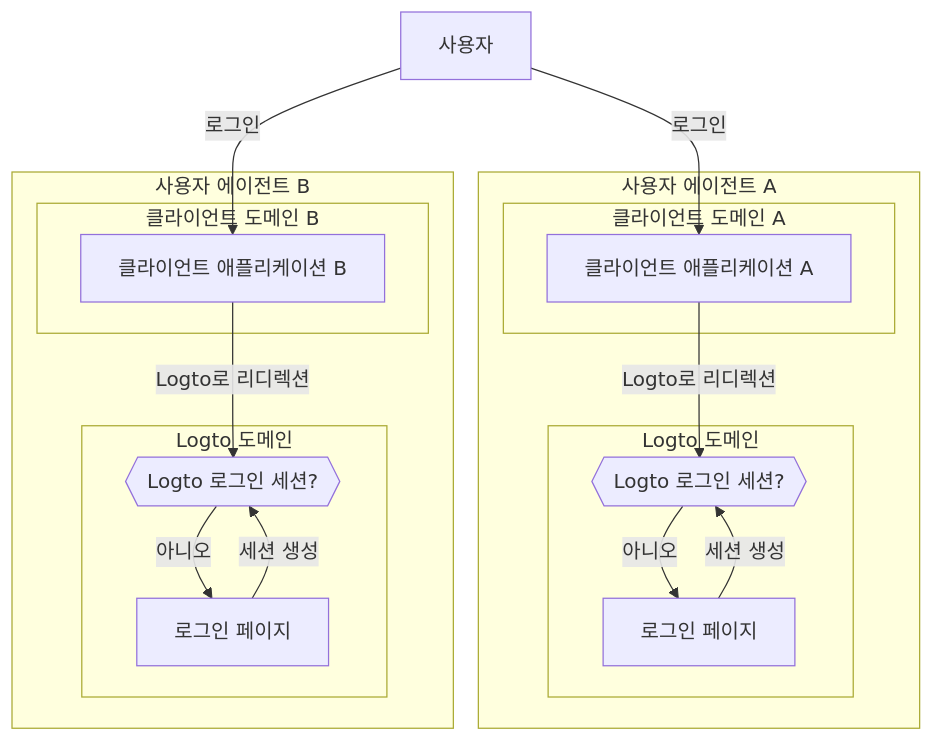
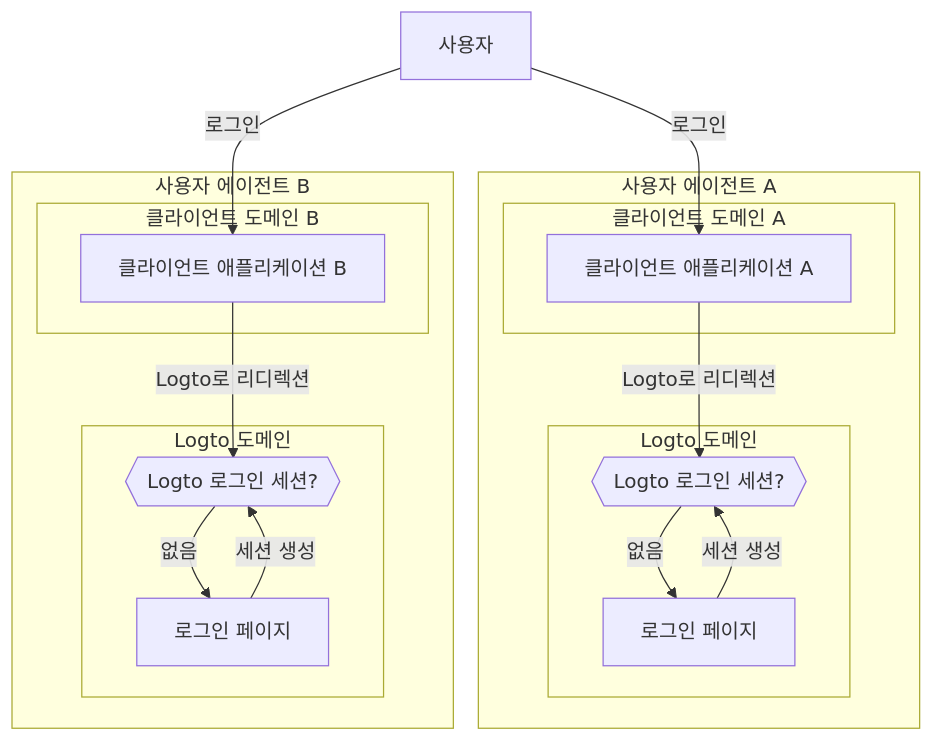
The third of 3 diagrams in i18n/ko/docusaurus-plugin-content-docs/current/end-user-flows/sign-out.mdx (logto-io/docs), drawn with Mermaid before and after one commit. The commit also changed other lines of this file and 67 other files, not shown here.

````diff
--- a/i18n/ko/docusaurus-plugin-content-docs/current/end-user-flows/sign-out.mdx
+++ b/i18n/ko/docusaurus-plugin-content-docs/current/end-user-flows/sign-out.mdx
@@ -89,35 +89,35 @@
    ```mermaid
     flowchart TD
     U[사용자]
 
     subgraph DeviceA [사용자 에이전트 A]
       subgraph Layer1 [클라이언트 도메인 A]
         A[클라이언트 애플리케이션 A]
       end
 
       subgraph Layer2 [Logto 도메인]
           C{{Logto 로그인 세션?}}
           D[로그인 페이지]
       end
     end
 
     subgraph DeviceB [사용자 에이전트 B]
       subgraph Layer3 [클라이언트 도메인 B]
         B[클라이언트 애플리케이션 B]
       end
 
       subgraph Layer4 [Logto 도메인]
           E{{Logto 로그인 세션?}}
           F[로그인 페이지]
       end
     end
 
     U --> |로그인| A
     A --> |Logto로 리디렉션| C
     U --> |로그인| B
     B --> |Logto로 리디렉션| E
-    C --> |아니오| D
-    E --> |아니오| F
+    C --> |없음| D
+    E --> |없음| F
     D --> |세션 생성| C
     F --> |세션 생성| E
    ```
````
